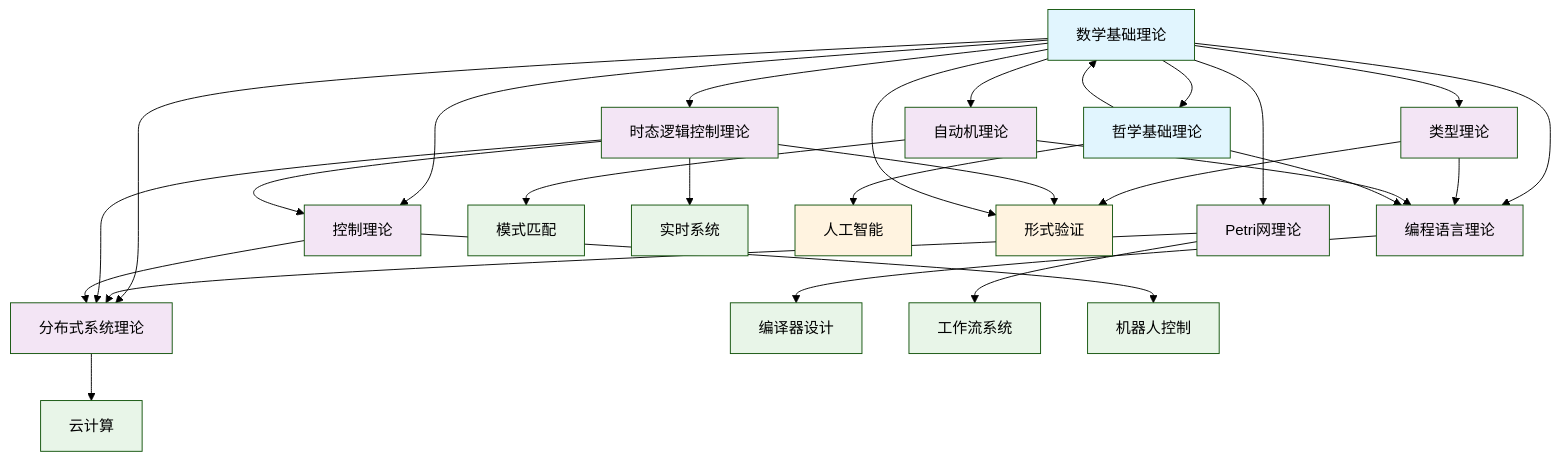
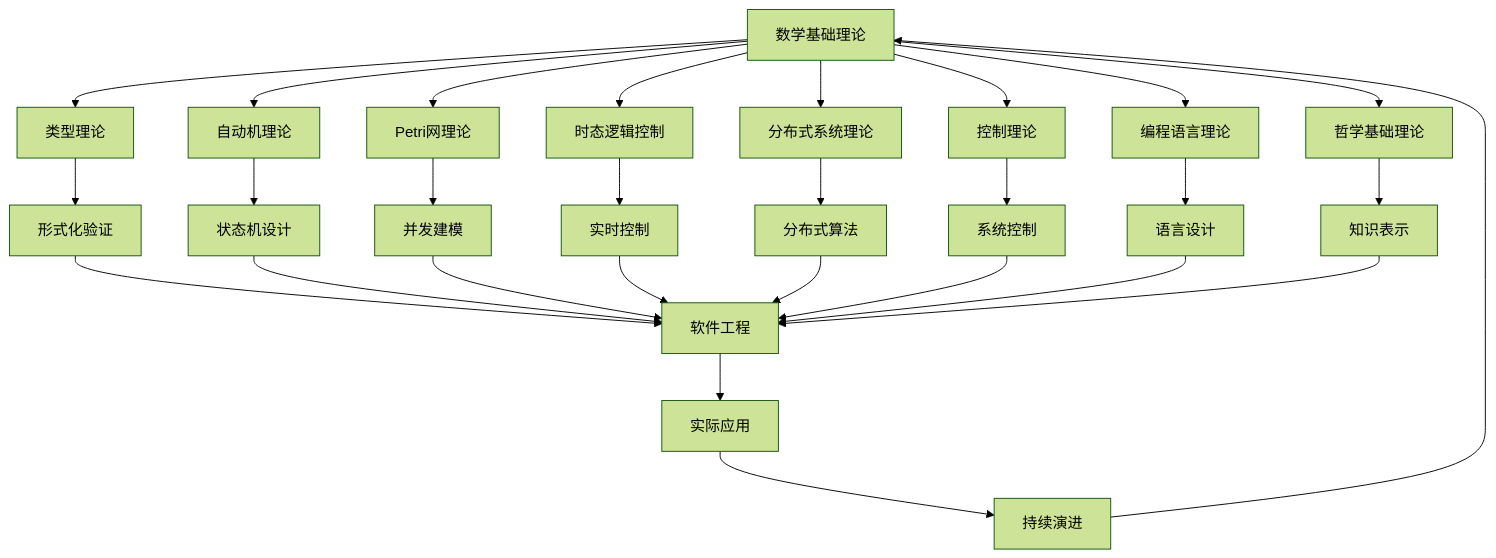
The second of 2 diagrams in Analysis/2-形式科学理论/README.md (AdaMartin18010/Data-Science), drawn with Mermaid (forest theme) before and after one commit. The commit also changed other lines of this file and 11 other files, not shown here.

````diff
--- a/Analysis/2-形式科学理论/README.md
+++ b/Analysis/2-形式科学理论/README.md
@@ -212,49 +212,33 @@
 ```mermaid
 graph TB
-    %% 基础层
-    Math[数学基础理论] --> Type[类型理论]
-    Math --> Automata[自动机理论]
-    Math --> Petri[Petri网理论]
-    Math --> Temporal[时态逻辑控制理论]
-    Math --> Distributed[分布式系统理论]
-    Math --> Control[控制理论]
-    Math --> PL[编程语言理论]
-    Math --> Philosophy[哲学基础理论]
+    A[数学基础理论] --> B[类型理论]
+    A --> C[自动机理论]
+    A --> D[Petri网理论]
+    A --> E[时态逻辑控制]
+    A --> F[分布式系统理论]
+    A --> G[控制理论]
+    A --> H[编程语言理论]
+    A --> I[哲学基础理论]
     
-    %% 理论层交互
-    Type --> PL
-    Automata --> PL
-    Petri --> Distributed
-    Temporal --> Control
-    Temporal --> Distributed
-    Control --> Distributed
+    B --> J[形式化验证]
+    C --> K[状态机设计]
+    D --> L[并发建模]
+    E --> M[实时控制]
+    F --> N[分布式算法]
+    G --> O[系统控制]
+    H --> P[语言设计]
+    I --> Q[知识表示]
     
-    %% 应用层
-    PL --> Compiler[编译器设计]
-    Automata --> Pattern[模式匹配]
-    Petri --> Workflow[工作流系统]
-    Temporal --> RealTime[实时系统]
-    Distributed --> Cloud[云计算]
-    Control --> Robot[机器人控制]
+    J --> R[软件工程]
+    K --> R
+    L --> R
+    M --> R
+    N --> R
+    O --> R
+    P --> R
+    Q --> R
     
-    %% 交叉验证
-    Philosophy --> Math
-    Philosophy --> PL
-    Philosophy --> AI[人工智能]
-    
-    %% 形式化验证
-    Type --> Verification[形式验证]
-    Temporal --> Verification
-    Math --> Verification
-    
-    %% 样式
-    classDef foundation fill:#e1f5fe
-    classDef theory fill:#f3e5f5
-    classDef application fill:#e8f5e8
-    classDef cross fill:#fff3e0
-    
-    class Math,Philosophy foundation
-    class Type,Automata,Petri,Temporal,Distributed,Control,PL theory
-    class Compiler,Pattern,Workflow,RealTime,Cloud,Robot application
-    class Verification,AI cross
+    R --> S[实际应用]
+    S --> T[持续演进]
+    T --> A
 ```
````
